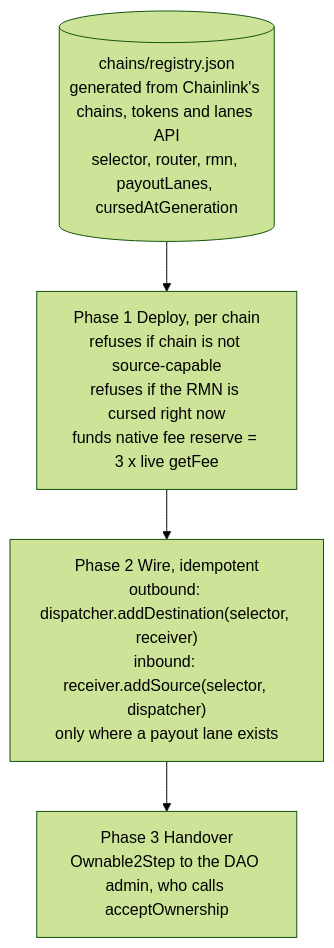
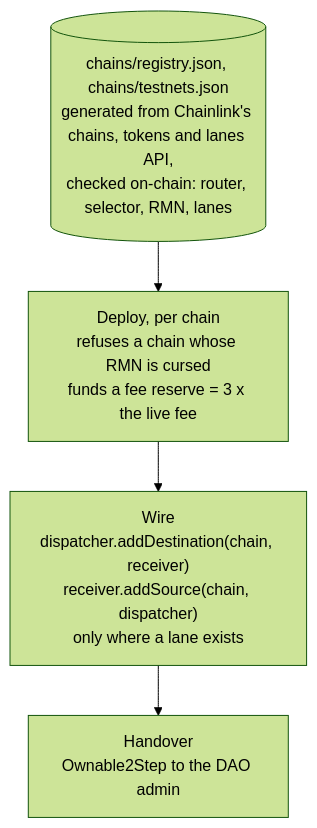
Before and after one commit to neevmodh/nidhi: the eighth of 10 diagrams in docs/architecture/03-chainlink-ccip.md, drawn with Mermaid (forest theme). The commit also changed other lines of this file and 5 other files, not shown here.

````diff
--- a/docs/architecture/03-chainlink-ccip.md
+++ b/docs/architecture/03-chainlink-ccip.md
@@ -153,7 +209,7 @@
 ```mermaid
 flowchart TB
-  REG[("chains/registry.json\ngenerated from Chainlink's chains, tokens and lanes API\nselector, router, rmn, payoutLanes, cursedAtGeneration")] --> D1
-  D1["Phase 1 Deploy, per chain\nrefuses if chain is not source-capable\nrefuses if the RMN is cursed right now\nfunds native fee reserve = 3 x live getFee"] --> D2
-  D2["Phase 2 Wire, idempotent\noutbound: dispatcher.addDestination(selector, receiver)\ninbound: receiver.addSource(selector, dispatcher)\nonly where a payout lane exists"] --> D3
-  D3["Phase 3 Handover\nOwnable2Step to the DAO admin, who calls acceptOwnership"]
+  REG[("chains/registry.json, chains/testnets.json<br/>generated from Chainlink's chains, tokens and lanes API,<br/>checked on-chain: router, selector, RMN, lanes")] --> D1
+  D1["Deploy, per chain<br/>refuses a chain whose RMN is cursed<br/>funds a fee reserve = 3 x the live fee"] --> D2
+  D2["Wire<br/>dispatcher.addDestination(chain, receiver)<br/>receiver.addSource(chain, dispatcher)<br/>only where a lane exists"] --> D3
+  D3["Handover<br/>Ownable2Step to the DAO admin"]
 ```
````
